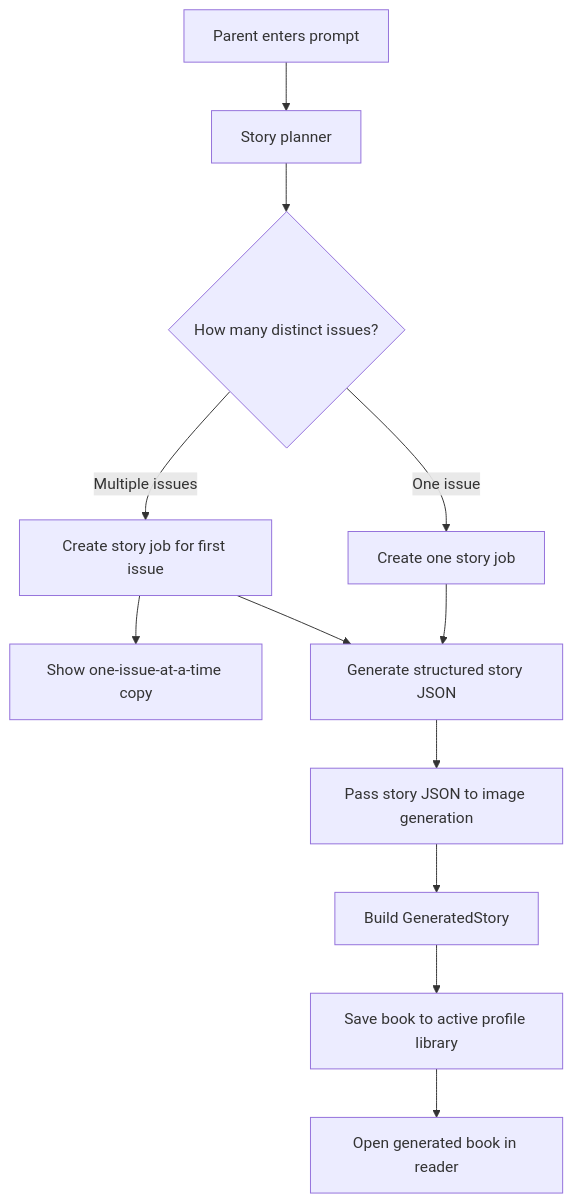
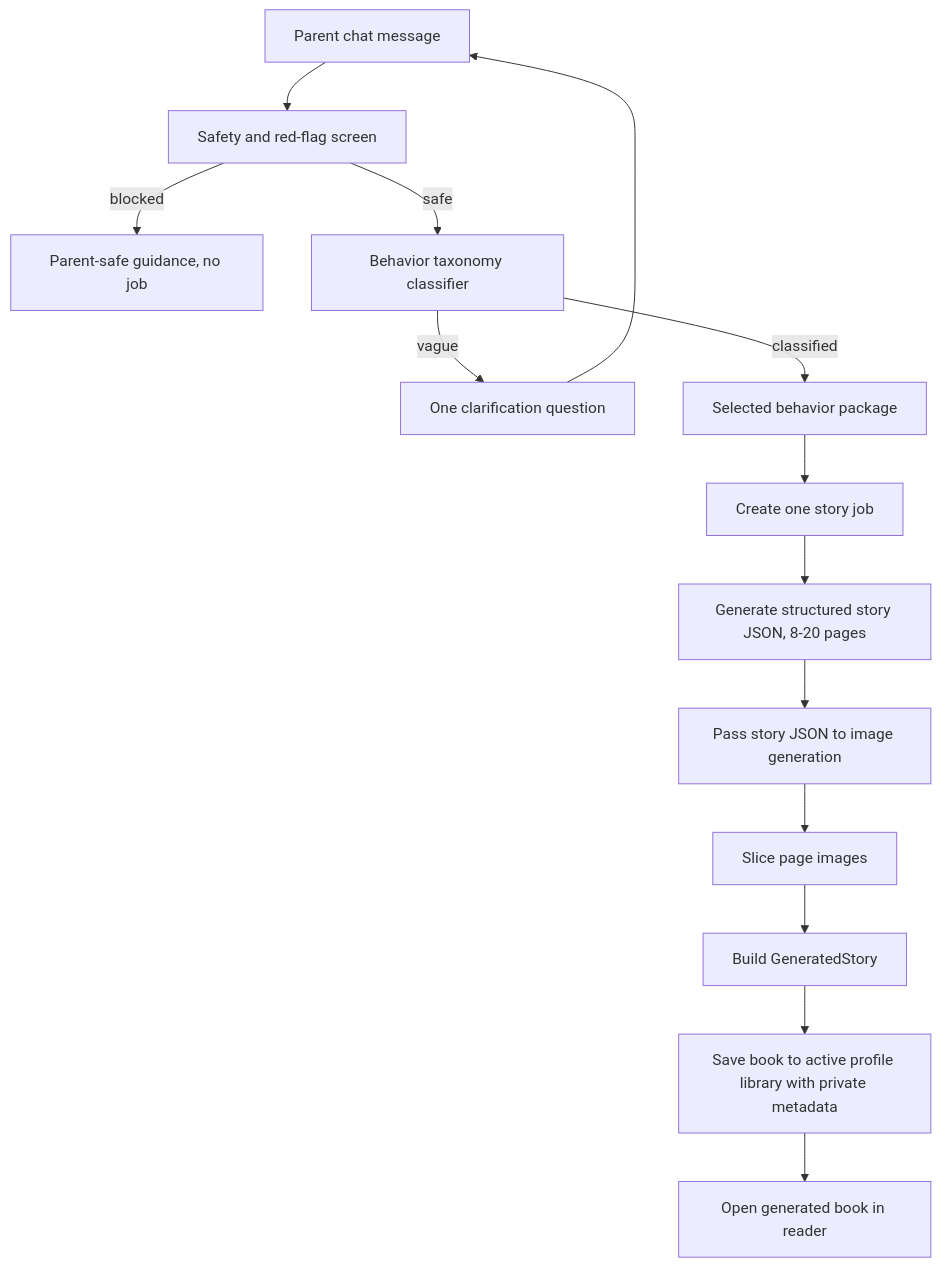
One commit to varindersingh83/app-kahani changed the diagram in docs/story-generation-spec.md. Above: the diagram before and after it, drawn with Mermaid. The commit also changed other lines of this file and 41 other files, not shown here.

Commit message:
feat(stories): add behavior taxonomy guided chat

````diff
--- a/docs/story-generation-spec.md
+++ b/docs/story-generation-spec.md
@@ -140,14 +179,16 @@
 ```mermaid
 flowchart TD
-  A["Parent enters prompt"] --> B["Story planner"]
-  B --> C{"How many distinct issues?"}
-  C -->|"One issue"| D["Create one story job"]
-  C -->|"Multiple issues"| E["Create story job for first issue"]
-  E --> F["Show one-issue-at-a-time copy"]
-  D --> G["Generate structured story JSON"]
-  E --> G
-  G --> H["Pass story JSON to image generation"]
-  H --> I["Build GeneratedStory"]
-  I --> J["Save book to active profile library"]
-  J --> K["Open generated book in reader"]
+  A["Parent chat message"] --> B["Safety and red-flag screen"]
+  B -->|"blocked"| C["Parent-safe guidance, no job"]
+  B -->|"safe"| D["Behavior taxonomy classifier"]
+  D -->|"vague"| E["One clarification question"]
+  E --> A
+  D -->|"classified"| F["Selected behavior package"]
+  F --> G["Create one story job"]
+  G --> H["Generate structured story JSON, 8-20 pages"]
+  H --> I["Pass story JSON to image generation"]
+  I --> J["Slice page images"]
+  J --> K["Build GeneratedStory"]
+  K --> L["Save book to active profile library with private metadata"]
+  L --> M["Open generated book in reader"]
 ```
````
